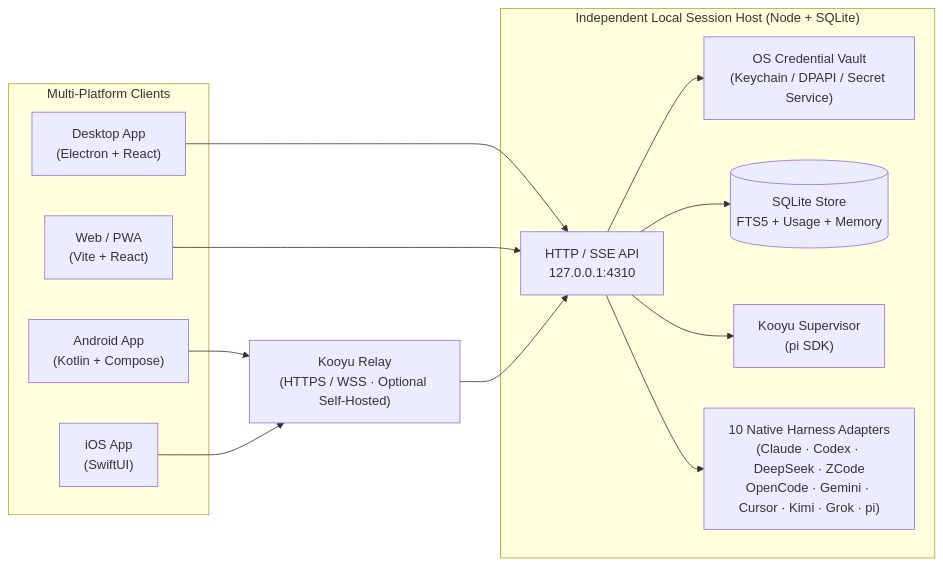
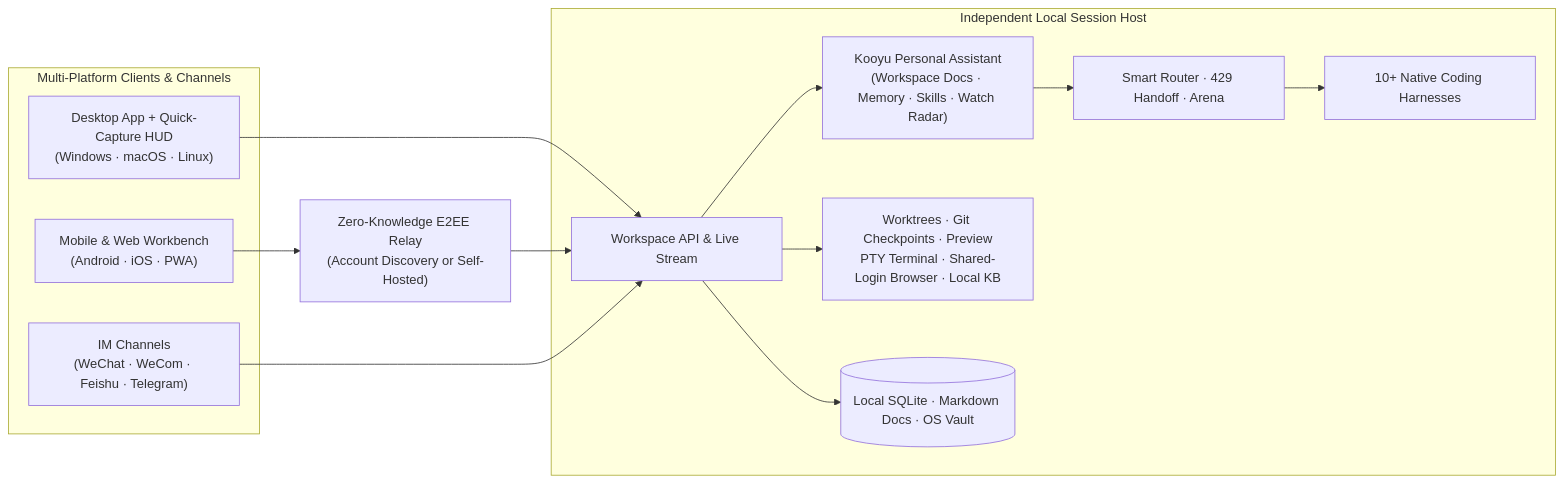
The diagram in README.md (sh2001sh/Kooyu), drawn with Mermaid before and after one commit. The commit also changed other lines of this file and 290 other files, not shown here.

Commit message:
feat: Kooyu personal AI assistant evolution (Phases 1-4), Kodo->Kooyu brand cleanup & updated trilingual READMEs

````diff
--- a/README.md
+++ b/README.md
@@ -208,28 +211,27 @@
 ```mermaid
 flowchart LR
-  subgraph Clients["Multi-Platform Clients"]
-    Desktop["Desktop App\n(Electron + React)"]
-    Web["Web / PWA\n(Vite + React)"]
-    Android["Android App\n(Kotlin + Compose)"]
-    iOS["iOS App\n(SwiftUI)"]
+  subgraph Clients["Multi-Platform Clients & Channels"]
+    Desktop["Desktop App + Quick-Capture HUD\n(Windows · macOS · Linux)"]
+    Mobile["Mobile & Web Workbench\n(Android · iOS · PWA)"]
+    IM["IM Channels\n(WeChat · WeCom · Feishu · Telegram)"]
   end
 
-  Relay["Kooyu Relay\n(HTTPS / WSS · Optional Self-Hosted)"]
+  Bridge["Zero-Knowledge E2EE Relay\n(Account Discovery or Self-Hosted)"]
 
-  subgraph Host["Independent Local Session Host (Node + SQLite)"]
-    API["HTTP / SSE API\n127.0.0.1:4310"]
-    Vault["OS Credential Vault\n(Keychain / DPAPI / Secret Service)"]
-    DB[("SQLite Store\nFTS5 + Usage + Memory")]
-    Supervisor["Kooyu Supervisor\n(pi SDK)"]
-    Adapters["10 Native Harness Adapters\n(Claude · Codex · DeepSeek · ZCode\nOpenCode · Gemini · Cursor · Kimi · Grok · pi)"]
+  subgraph Host["Independent Local Session Host"]
+    API["Workspace API & Live Stream"]
+    Supervisor["Kooyu Personal Assistant\n(Workspace Docs · Memory · Skills · Watch Radar)"]
+    Router["Smart Router · 429 Handoff · Arena"]
+    Adapters["10+ Native Coding Harnesses"]
+    Tools["Worktrees · Git Checkpoints · Preview\nPTY Terminal · Shared-Login Browser · Local KB"]
+    Storage[("Local SQLite · Markdown Docs · OS Vault")]
   end
 
   Desktop --> API
-  Web --> API
-  Android --> Relay --> API
-  iOS --> Relay
-  API --> DB
-  API --> Vault
+  Mobile --> Bridge --> API
+  IM --> API
   API --> Supervisor
-  API --> Adapters
+  Supervisor --> Router --> Adapters
+  API --> Tools
+  API --> Storage
 ```
````
